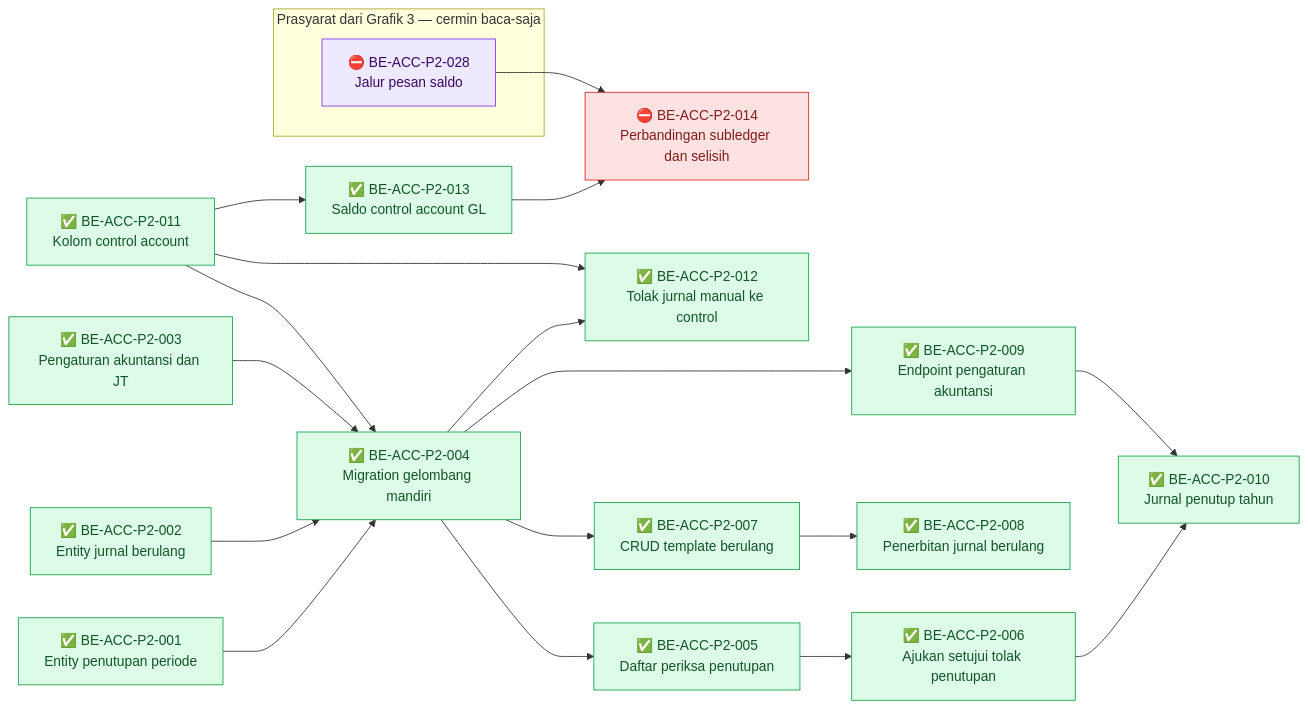
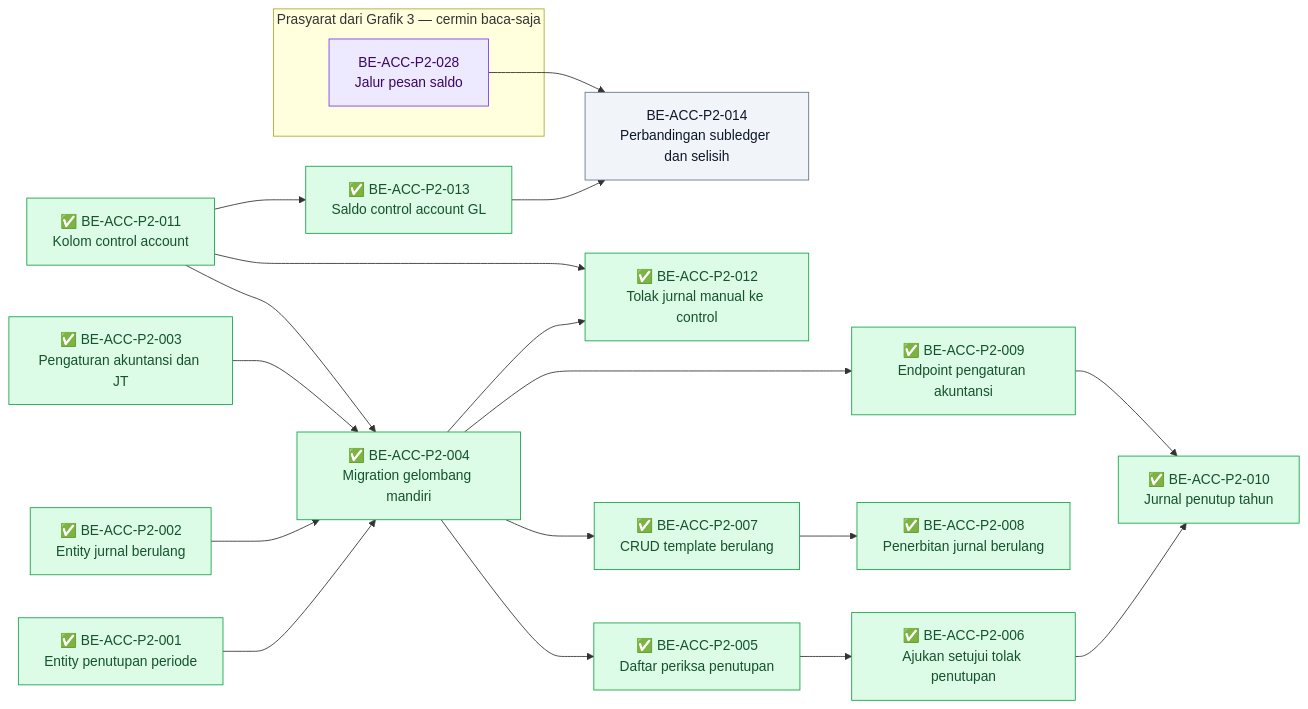
One commit to DevBenari/NewQuilvianSystemBackend changed the second of 4 diagrams in docs/module-blueprints/accounting/roadmap/backend-roadmap-phase2.md. Above: the diagram before and after it, drawn with Mermaid. The commit also changed other lines of this file and 5 other files, not shown here.

````diff
--- a/docs/module-blueprints/accounting/roadmap/backend-roadmap-phase2.md
+++ b/docs/module-blueprints/accounting/roadmap/backend-roadmap-phase2.md
@@ -67,43 +72,43 @@
 ```mermaid
 flowchart LR
     classDef selesai fill:#DCFCE7,stroke:#16A34A,color:#14532D
     classDef sebagian fill:#FEF9C3,stroke:#CA8A04,color:#713F12
     classDef terblokir fill:#FEE2E2,stroke:#DC2626,color:#7F1D1D
     classDef belum fill:#F1F5F9,stroke:#64748B,color:#0F172A
     classDef luar fill:#EDE9FE,stroke:#7C3AED,color:#3B0764
 
     BEACCP2001["✅ BE-ACC-P2-001<br/>Entity penutupan periode"]:::selesai
     BEACCP2002["✅ BE-ACC-P2-002<br/>Entity jurnal berulang"]:::selesai
     BEACCP2003["✅ BE-ACC-P2-003<br/>Pengaturan akuntansi dan JT"]:::selesai
     BEACCP2004["✅ BE-ACC-P2-004<br/>Migration gelombang mandiri"]:::selesai
     BEACCP2005["✅ BE-ACC-P2-005<br/>Daftar periksa penutupan"]:::selesai
     BEACCP2006["✅ BE-ACC-P2-006<br/>Ajukan setujui tolak penutupan"]:::selesai
     BEACCP2007["✅ BE-ACC-P2-007<br/>CRUD template berulang"]:::selesai
     BEACCP2008["✅ BE-ACC-P2-008<br/>Penerbitan jurnal berulang"]:::selesai
     BEACCP2009["✅ BE-ACC-P2-009<br/>Endpoint pengaturan akuntansi"]:::selesai
     BEACCP2010["✅ BE-ACC-P2-010<br/>Jurnal penutup tahun"]:::selesai
     BEACCP2011["✅ BE-ACC-P2-011<br/>Kolom control account"]:::selesai
     BEACCP2012["✅ BE-ACC-P2-012<br/>Tolak jurnal manual ke control"]:::selesai
     BEACCP2013["✅ BE-ACC-P2-013<br/>Saldo control account GL"]:::selesai
-    BEACCP2014["⛔ BE-ACC-P2-014<br/>Perbandingan subledger dan selisih"]:::terblokir
+    BEACCP2014["BE-ACC-P2-014<br/>Perbandingan subledger dan selisih"]:::belum
     subgraph cermin1["Prasyarat dari Grafik 3 — cermin baca-saja"]
-        MBEACCP2028["⛔ BE-ACC-P2-028<br/>Jalur pesan saldo"]:::luar
+        MBEACCP2028["BE-ACC-P2-028<br/>Jalur pesan saldo"]:::luar
     end
 
     BEACCP2001 --> BEACCP2004
     BEACCP2002 --> BEACCP2004
     BEACCP2003 --> BEACCP2004
     BEACCP2011 --> BEACCP2004
     BEACCP2004 --> BEACCP2005
     BEACCP2005 --> BEACCP2006
     BEACCP2004 --> BEACCP2007
     BEACCP2007 --> BEACCP2008
     BEACCP2004 --> BEACCP2009
     BEACCP2006 --> BEACCP2010
     BEACCP2009 --> BEACCP2010
     BEACCP2004 --> BEACCP2012
     BEACCP2011 --> BEACCP2012
     BEACCP2011 --> BEACCP2013
     BEACCP2013 --> BEACCP2014
     MBEACCP2028 --> BEACCP2014
 ```
````
